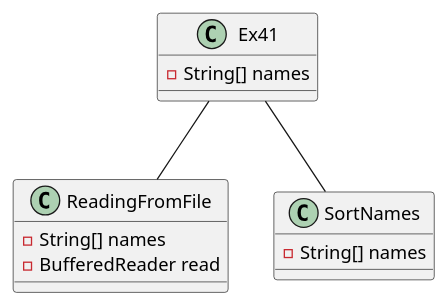
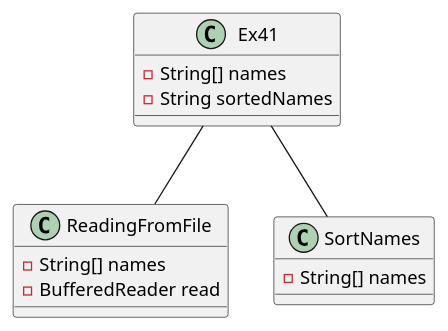
One commit to Kmullens1/mullens-cop3330-assignment3 changed the diagram in src/main/java/oop/example/Ex41/Ex41_UML.puml. Above: the diagram before and after it, drawn with PlantUML.

Commit message:
Ex41 Complete

```diff
--- a/src/main/java/oop/example/Ex41/Ex41_UML.puml
+++ b/src/main/java/oop/example/Ex41/Ex41_UML.puml
@@ -1,20 +1,21 @@
 @startuml
 'https://plantuml.com/sequence-diagram
 
 class Ex41{
     -String[] names
+    -String sortedNames
 }
 
 class ReadingFromFile{
     -String[] names
     -BufferedReader read
 
 }
 
 class SortNames{
     -String[] names
 }
 
 Ex41 -- ReadingFromFile
 Ex41 -- SortNames
 @enduml
```
